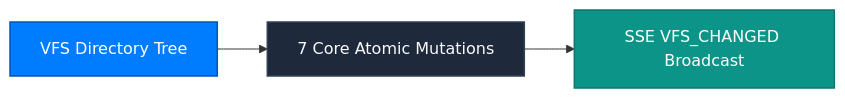
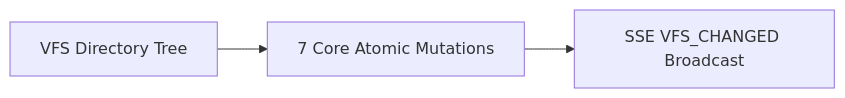
One commit to Connex-Brothers-Consulting-Group/cbcg-hs-connex-docs changed the diagram in guide/studio/manual.mdx. Above: the diagram before and after it, drawn with Mermaid. The commit also changed 24 other files, not shown here.

Commit message:
fix(docs): restore Lucide card icons, enforce transparent Mermaid line-art, add Cryptographic Kill Switch, and refine quiet luxury banner

````diff
--- a/guide/studio/manual.mdx
+++ b/guide/studio/manual.mdx
@@ -9,9 +9,5 @@
 ```mermaid
 graph LR
-    classDef primary fill:#007CFF,stroke:#0056B3,stroke-width:1.5px,color:#FFFFFF;
-    classDef enterprise fill:#1E293B,stroke:#334155,stroke-width:1.5px,color:#F8FAFC;
-    classDef accent fill:#0D9488,stroke:#0F766E,stroke-width:1.5px,color:#FFFFFF;
-
-    Tree["VFS Directory Tree"]:::primary --> Action["7 Core Atomic Mutations"]:::enterprise
-    Action --> SSE["SSE VFS_CHANGED Broadcast"]:::accent
+Tree["VFS Directory Tree"] --> Action["7 Core Atomic Mutations"]
+    Action --> SSE["SSE VFS_CHANGED Broadcast"]
 ```
````
